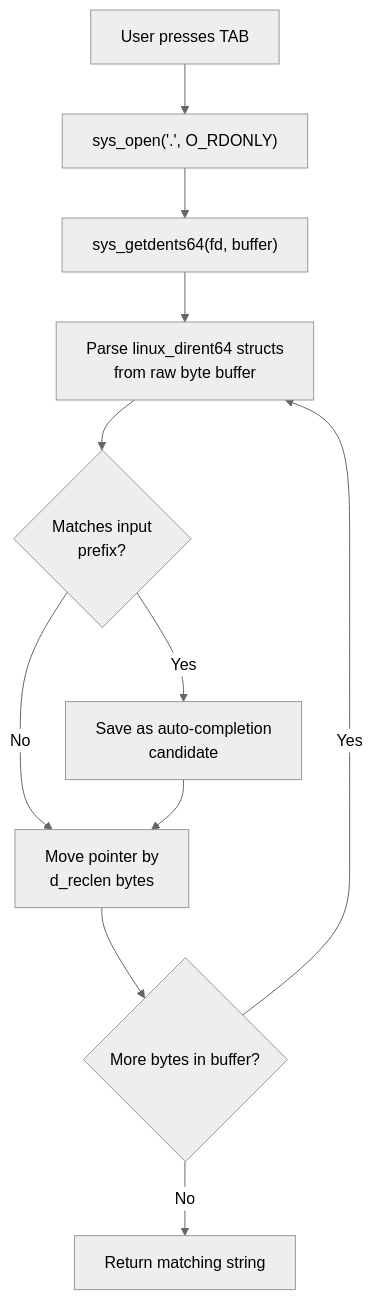
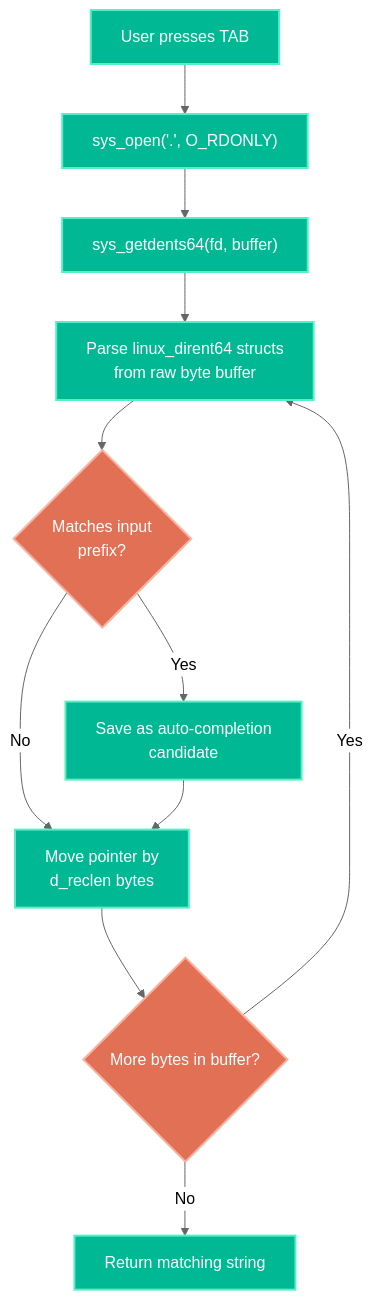
One commit to Rohitbansaldeveloper/Linux-POSIX-Shell-Implementation-Using-System-Calls-in-C changed the fourth of 9 diagrams in README.md. Above: the diagram before and after it, drawn with Mermaid (neutral theme). The commit also changed other lines of this file, not shown here.

Commit message:
docs: improve flow diagrams with colors and formatting

````diff
--- a/README.md
+++ b/README.md
@@ -85,13 +97,16 @@
-  ```mermaid
-  flowchart TD
-      Start["User presses TAB"] --> OpenDir["sys_open('.', O_RDONLY)"]
-      OpenDir --> GetDents["sys_getdents64(fd, buffer)"]
-      GetDents --> ReadBuffer["Parse linux_dirent64 structs<br>from raw byte buffer"]
-      ReadBuffer --> CheckPrefix{"Matches input<br>prefix?"}
-      CheckPrefix -->|Yes| SaveMatch["Save as auto-completion<br>candidate"]
-      CheckPrefix -->|No| NextEntry["Move pointer by<br>d_reclen bytes"]
-      SaveMatch --> NextEntry
-      NextEntry --> EOFCheck{"More bytes in buffer?"}
-      EOFCheck -->|Yes| ReadBuffer
-      EOFCheck -->|No| Complete["Return matching string"]
-  ```
+```mermaid
+flowchart TD
+    classDef step fill:#00b894,stroke:#55efc4,stroke-width:2px,color:#fff;
+    classDef check fill:#e17055,stroke:#fab1a0,stroke-width:2px,color:#fff;
+
+    Start["User presses TAB"]:::step --> OpenDir["sys_open('.', O_RDONLY)"]:::step
+    OpenDir --> GetDents["sys_getdents64(fd, buffer)"]:::step
+    GetDents --> ReadBuffer["Parse linux_dirent64 structs<br/>from raw byte buffer"]:::step
+    ReadBuffer --> CheckPrefix{"Matches input<br/>prefix?"}:::check
+    CheckPrefix -->|"Yes"| SaveMatch["Save as auto-completion<br/>candidate"]:::step
+    CheckPrefix -->|"No"| NextEntry["Move pointer by<br/>d_reclen bytes"]:::step
+    SaveMatch --> NextEntry
+    NextEntry --> EOFCheck{"More bytes in buffer?"}:::check
+    EOFCheck -->|"Yes"| ReadBuffer
+    EOFCheck -->|"No"| Complete["Return matching string"]:::step
+```
````
